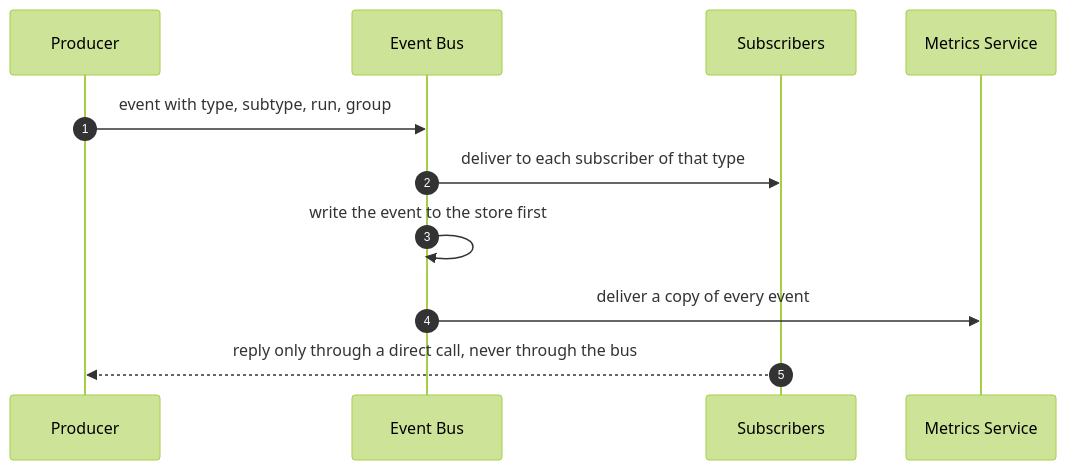
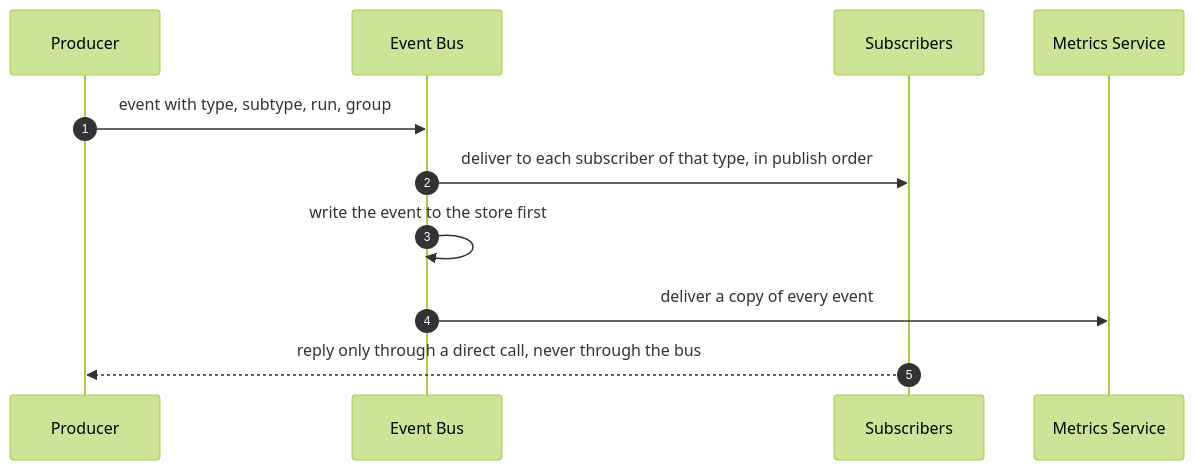
The fourth of 5 diagrams in docs/hld.md (rdevitto86/komodo-agentic-harness-coding), drawn with Mermaid (forest theme) before and after one commit. The commit also changed other lines of this file and 1 other file, not shown here.

````diff
--- a/docs/hld.md
+++ b/docs/hld.md
@@ -228,13 +228,13 @@
 ```mermaid
 sequenceDiagram
   autonumber
   participant P as Producer
   participant B as Event Bus
   participant S as Subscribers
   participant M as Metrics Service
   P->>B: event with type, subtype, run, group
-  B->>S: deliver to each subscriber of that type
+  B->>S: deliver to each subscriber of that type, in publish order
   B->>B: write the event to the store first
   B->>M: deliver a copy of every event
   S-->>P: reply only through a direct call, never through the bus
 ```
````
